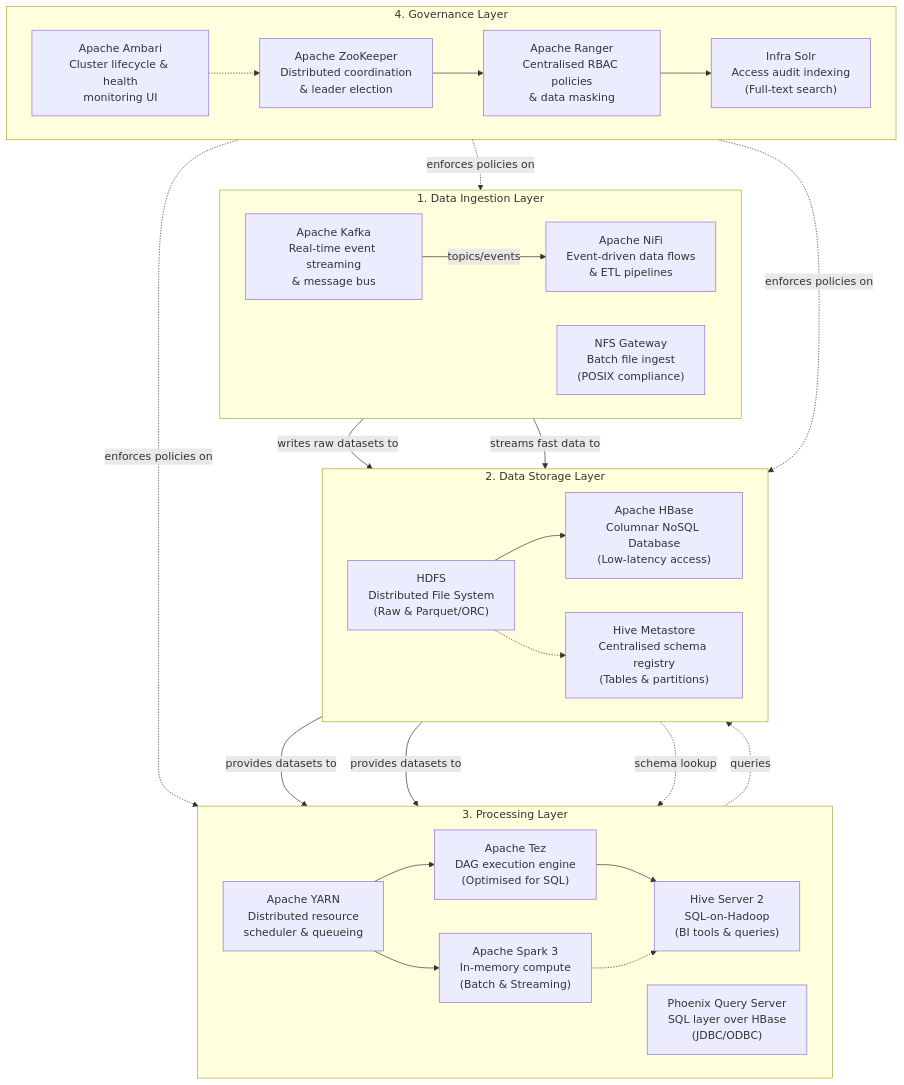
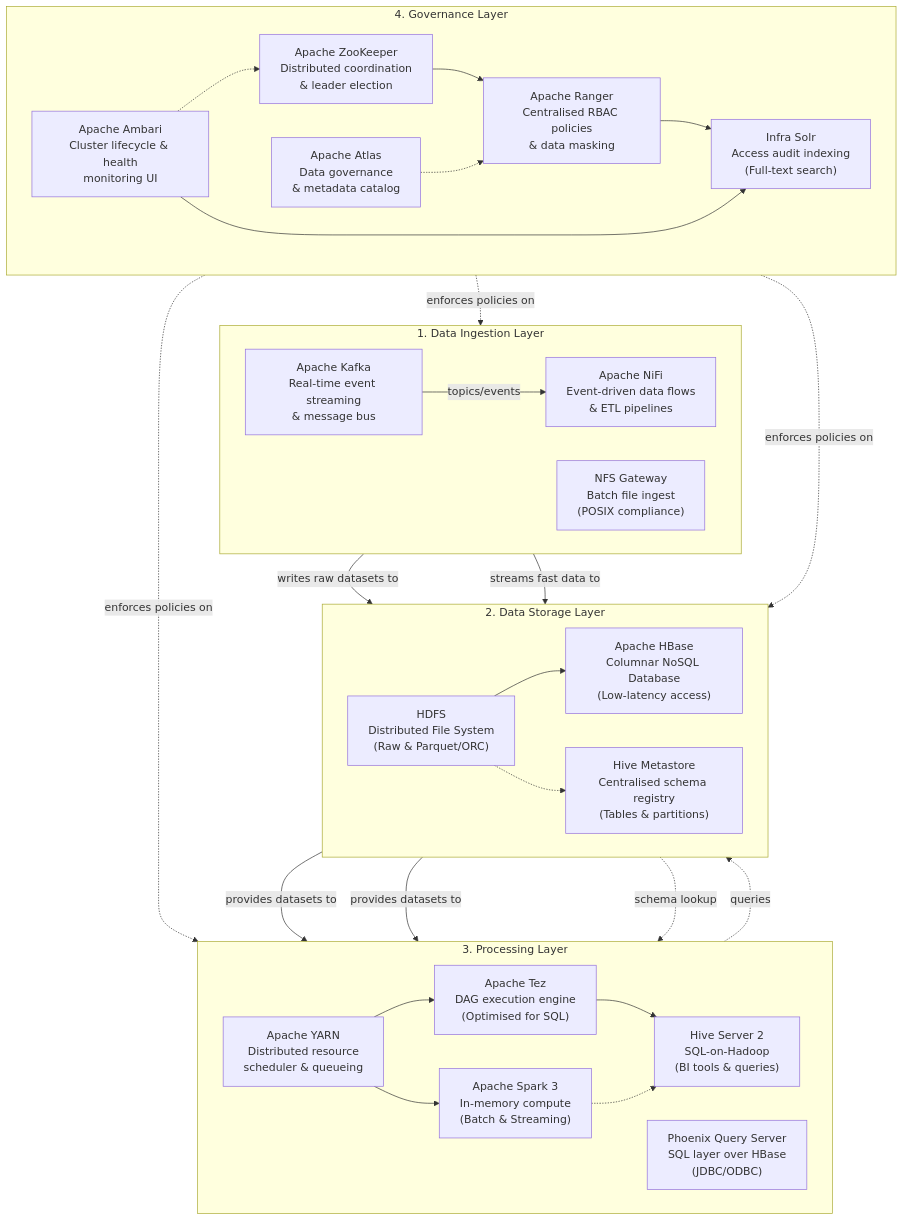
Before and after one commit to joaopfduarte/Article-CDP: the diagram in content/assets/mermaid/datalake-architecture.mmd, drawn with Mermaid. The commit also changed 1 other file, not shown here.

Commit message:
fix in figure

```diff
--- a/content/assets/mermaid/datalake-architecture.mmd
+++ b/content/assets/mermaid/datalake-architecture.mmd
@@ -1,66 +1,69 @@
 %%{init: {"flowchart": {"padding": 15}}}%%
 graph TD
     %% =========================================================
     %%  Data Lake Final Architecture (Default Profile)
     %%  Focus: Functional capabilities, not infrastructure/provisioning
     %% =========================================================
 
     subgraph INGEST ["1. Data Ingestion Layer"]
         direction LR
         KAFKA["Apache Kafka<br/>Real-time event streaming<br/>& message bus"]
         NIFI["Apache NiFi<br/>Event-driven data flows<br/>& ETL pipelines"]
         NFS["NFS Gateway<br/>Batch file ingest<br/>(POSIX compliance)"]
         
         KAFKA -->|"topics/events"| NIFI
     end
 
     subgraph STORE ["2. Data Storage Layer"]
         direction LR
         HDFS["HDFS<br/>Distributed File System<br/>(Raw & Parquet/ORC)"]
         HBASE["Apache HBase<br/>Columnar NoSQL Database<br/>(Low-latency access)"]
         HMETA["Hive Metastore<br/>Centralised schema registry<br/>(Tables & partitions)"]
         
         HDFS --> HBASE
         HDFS -.-> HMETA
     end
 
     subgraph PROCESS ["3. Processing Layer"]
         direction LR
         YARN["Apache YARN<br/>Distributed resource<br/>scheduler & queueing"]
         SPARK["Apache Spark 3<br/>In-memory compute<br/>(Batch & Streaming)"]
         TEZ["Apache Tez<br/>DAG execution engine<br/>(Optimised for SQL)"]
         
         YARN --> SPARK
         YARN --> TEZ
         
         HIVE["Hive Server 2<br/>SQL-on-Hadoop<br/>(BI tools & queries)"]
         PHOENIX["Phoenix Query Server<br/>SQL layer over HBase<br/>(JDBC/ODBC)"]
         
         TEZ --> HIVE
         SPARK -.-> HIVE
     end
 
     subgraph GOVERN ["4. Governance Layer"]
         direction LR
         RANGER["Apache Ranger<br/>Centralised RBAC policies<br/>& data masking"]
         SOLR["Infra Solr<br/>Access audit indexing<br/>(Full-text search)"]
         ZK["Apache ZooKeeper<br/>Distributed coordination<br/>& leader election"]
         AMBARI["Apache Ambari<br/>Cluster lifecycle & health<br/>monitoring UI"]
+        ATLAS["Apache Atlas<br/>Data governance<br/>& metadata catalog"]
         
         RANGER --> SOLR
+        AMBARI --> SOLR
         ZK --> RANGER
         AMBARI -.-> ZK
+        ATLAS -.-> RANGER
     end
 
     %% Key relationships between layers
     INGEST -->|"writes raw datasets to"| HDFS
     INGEST -->|"streams fast data to"| HBASE
     
     HDFS --->|"provides datasets to"| YARN
     HBASE --->|"provides datasets to"| SPARK
     HMETA -.->|"schema lookup"| HIVE
     PHOENIX -.->|"queries"| HBASE
     
     GOVERN -.->|"enforces policies on"| INGEST
     GOVERN -.->|"enforces policies on"| STORE
     GOVERN -.->|"enforces policies on"| PROCESS
```
